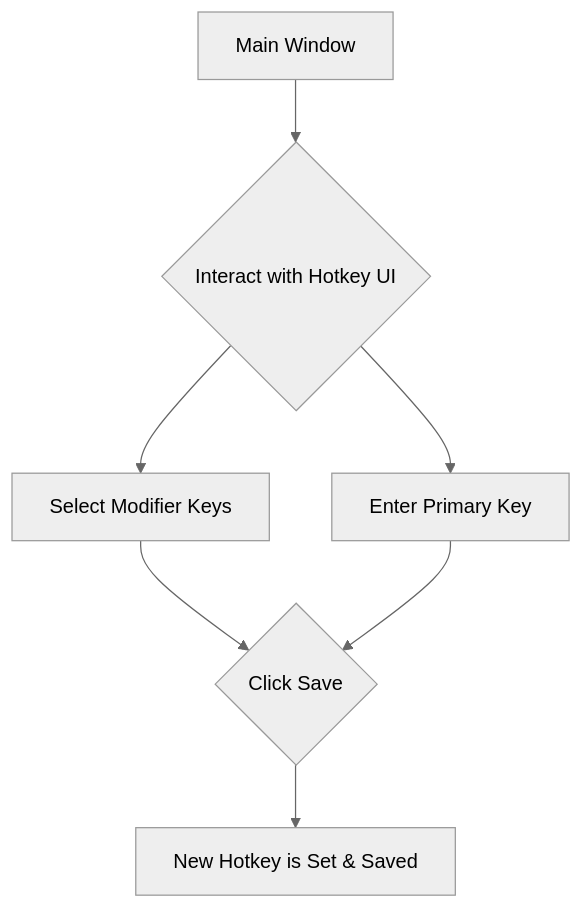
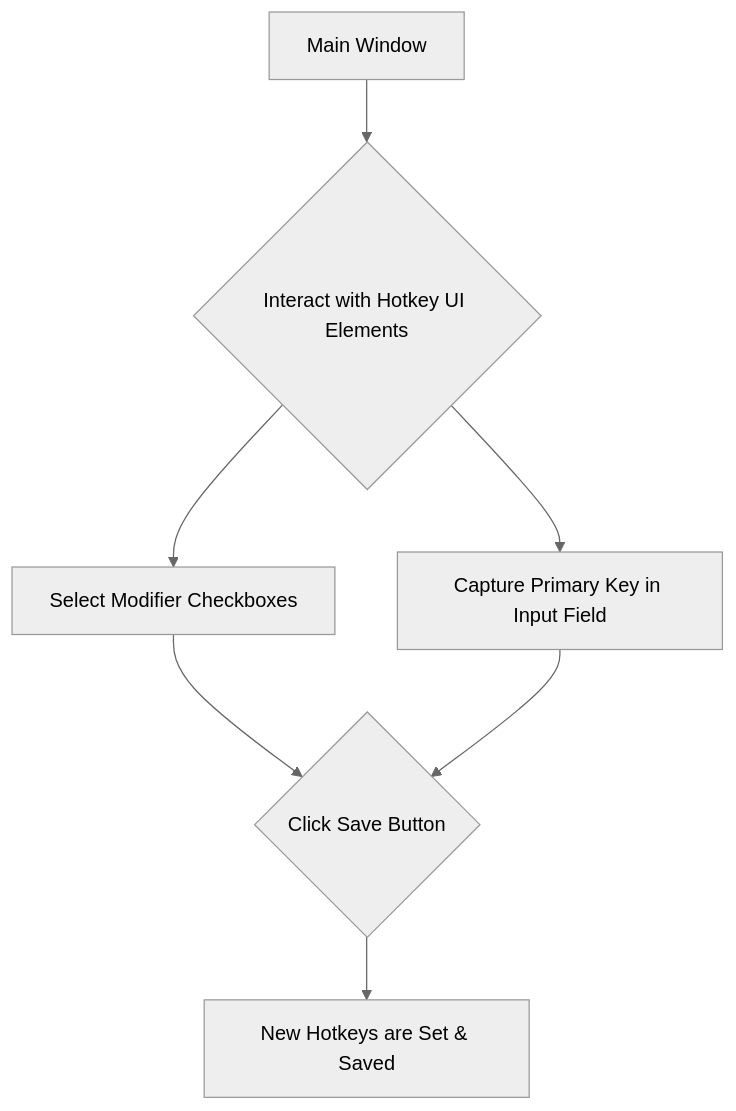
One commit to DivinoAG/SuperClicker changed the second of 2 diagrams in docs/front-end-spec.md. Above: the diagram before and after it, drawn with Mermaid (neutral theme). The commit also changed other lines of this file and 20 other files, not shown here.

````diff
--- a/docs/front-end-spec.md
+++ b/docs/front-end-spec.md
@@ -60,9 +89,9 @@
-  ```mermaid
-  graph TD
-      A[Main Window] --> B{Interact with Hotkey UI};
-      B --> C[Select Modifier Keys];
-      B --> D[Enter Primary Key];
-      C --> F{Click Save}; 
-      D --> F; 
-      F --> G[New Hotkey is Set & Saved];
-  ```
+```mermaid
+graph TD
+    A[Main Window] --> B{Interact with Hotkey UI Elements};
+    B --> C[Select Modifier Checkboxes];
+    B --> D[Capture Primary Key in Input Field];
+    C --> E{Click Save Button};
+    D --> E;
+    E --> F[New Hotkeys are Set & Saved];
+```
````
